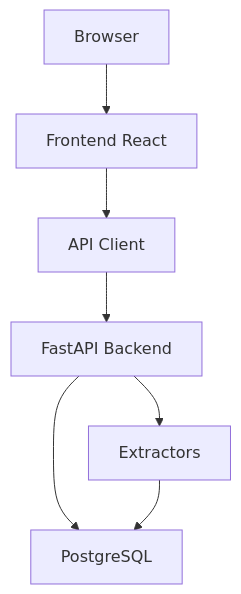
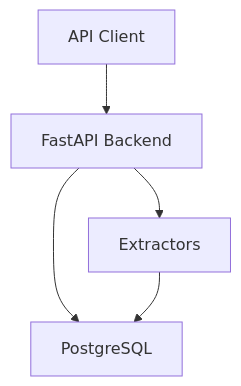
The diagram in INTEGRATION.md (acarmisc/finna-app), drawn with Mermaid before and after one commit. The commit also changed other lines of this file and 251 other files, not shown here.

````diff
--- a/INTEGRATION.md
+++ b/INTEGRATION.md
@@ -288,9 +137,7 @@
 ```mermaid
 graph TD
-    A[Browser] --> B[Frontend React]
-    B --> C[API Client]
-    C --> D[FastAPI Backend]
-    D --> E[PostgreSQL]
-    D --> F[Extractors]
-    F --> E
+    A[API Client] --> B[FastAPI Backend]
+    B --> C[PostgreSQL]
+    B --> D[Extractors]
+    D --> C
 ```
````
